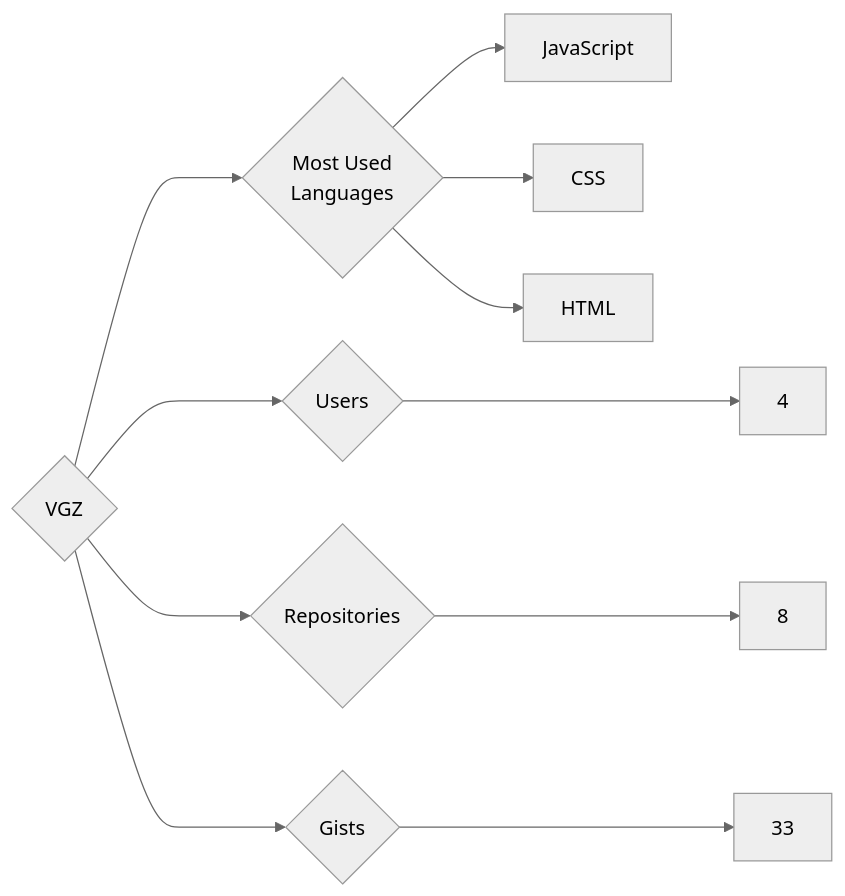
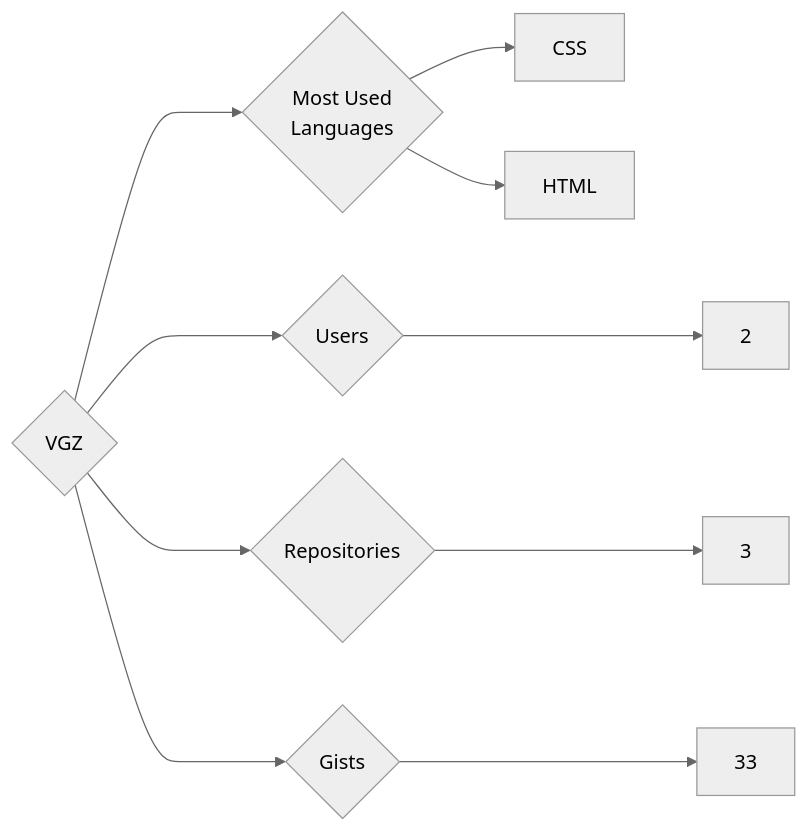
The diagram in targets/VGZ/README.md (trickest/insiders), drawn with Mermaid (neutral theme) before and after one commit. The commit also changed 1248 other files, not shown here.

````diff
--- a/targets/VGZ/README.md
+++ b/targets/VGZ/README.md
@@ -3,11 +3,10 @@
 ```mermaid
 graph LR
 COMPANY_NAME{VGZ}
-COMPANY_NAME ---> U{Users} ---> UN[4]
-COMPANY_NAME ---> R{Repositories} ---> RN[8]
+COMPANY_NAME ---> U{Users} ---> UN[2]
+COMPANY_NAME ---> R{Repositories} ---> RN[3]
 COMPANY_NAME ---> G{Gists} ---> GN[33]
 COMPANY_NAME ---> ML{Most Used<br>Languages}
-ML --> JavaScript[JavaScript]
 ML --> CSS[CSS]
 ML --> HTML[HTML]
 ```
````
